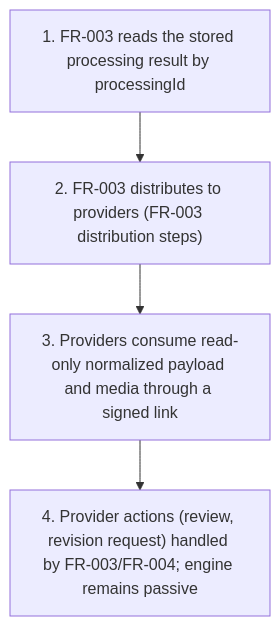
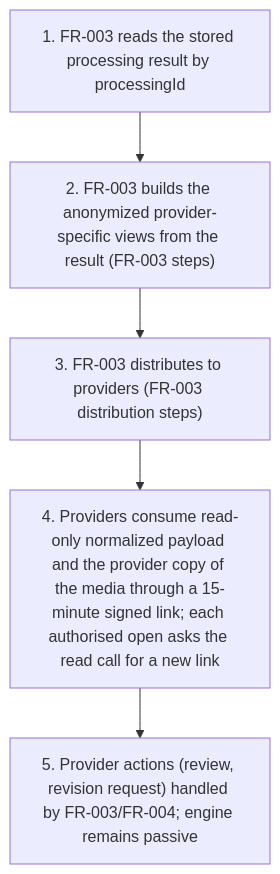
Before and after one commit to joachimtrungtuan/hairline-pm-docs: the fifth of 8 diagrams in project-requirements/functional-requirements/fr002-medical-history/prd.md, drawn with Mermaid. The commit also changed other lines of this file and 6 other files, not shown here.

Commit message:
docs(fr002): apply logic review pass 2 fixes to PRD and graph

````diff
--- a/project-requirements/functional-requirements/fr002-medical-history/prd.md
+++ b/project-requirements/functional-requirements/fr002-medical-history/prd.md
@@ -144,6 +144,7 @@
 ```mermaid
 flowchart TD
-  S1["1. FR-003 reads the stored processing result by processingId"] --> S2["2. FR-003 distributes to providers (FR-003 distribution steps)"]
-  S2 --> S3["3. Providers consume read-only normalized payload and media through a signed link"]
-  S3 --> S4["4. Provider actions (review, revision request) handled by FR-003/FR-004; engine remains passive"]
+  S1["1. FR-003 reads the stored processing result by processingId"] --> S2["2. FR-003 builds the anonymized provider-specific views from the result (FR-003 steps)"]
+  S2 --> S3["3. FR-003 distributes to providers (FR-003 distribution steps)"]
+  S3 --> S4["4. Providers consume read-only normalized payload and the provider copy of the media through a 15-minute signed link; each authorised open asks the read call for a new link"]
+  S4 --> S5["5. Provider actions (review, revision request) handled by FR-003/FR-004; engine remains passive"]
 ```
````
